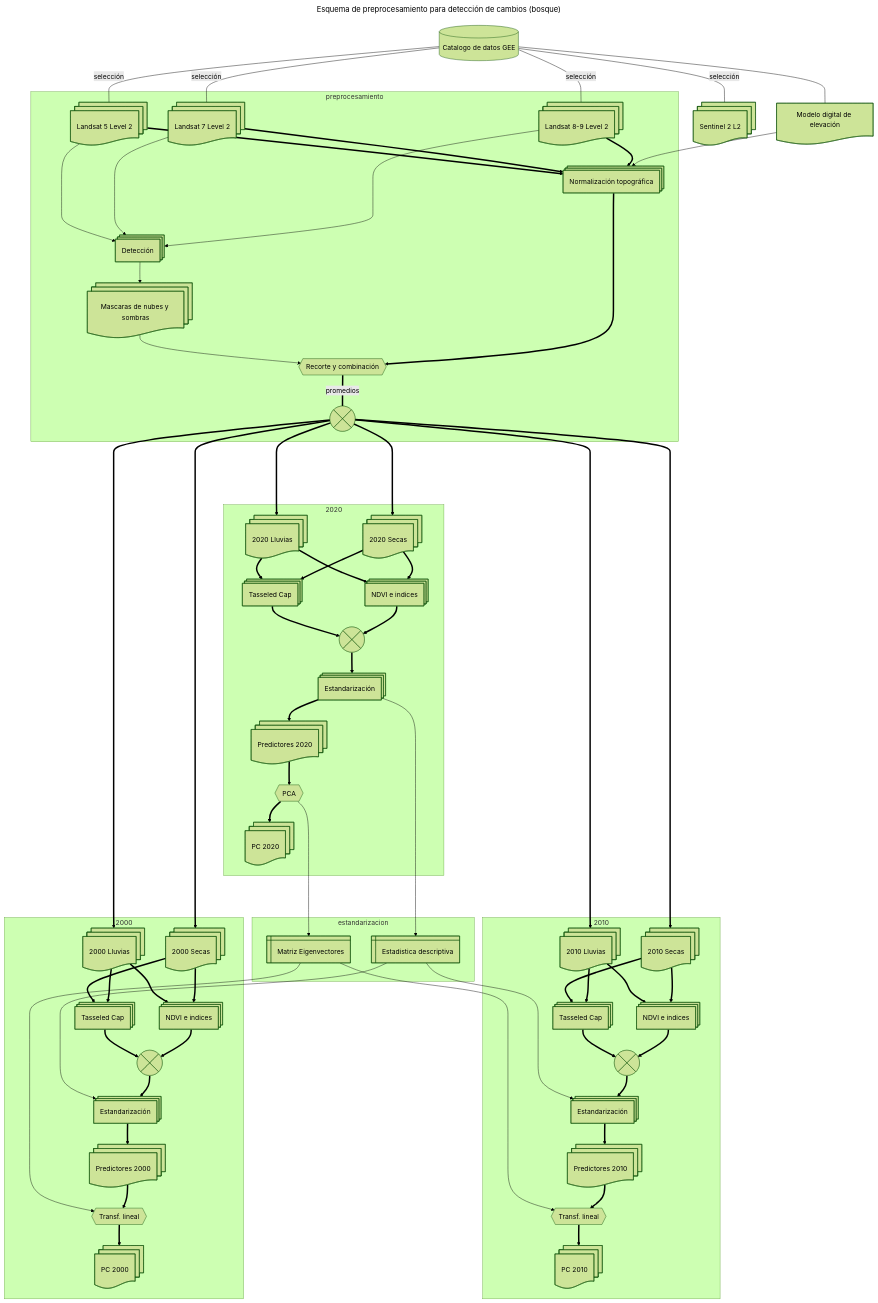
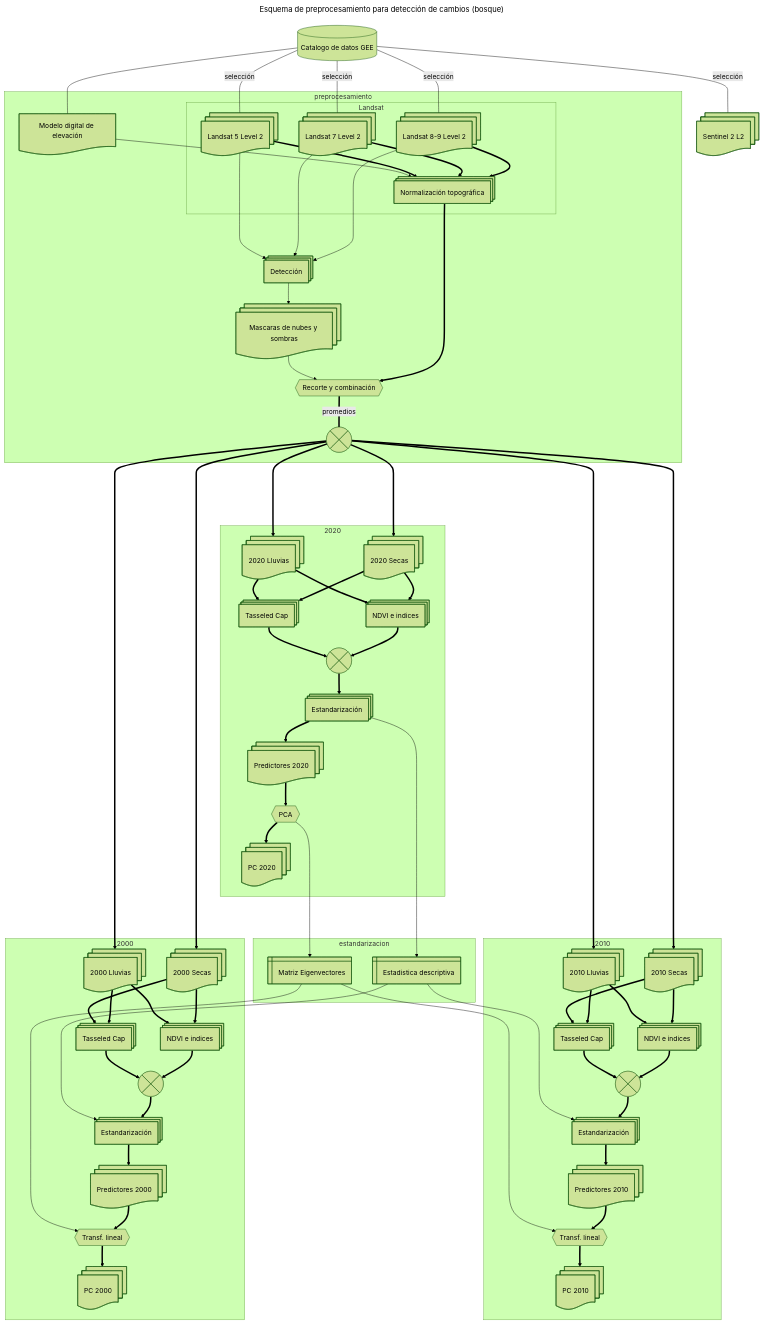
One commit to vshalisko/GEE changed the diagram in ANPs/Esquema_preprocesamiento.mermaid. Above: the diagram before and after it, drawn with Mermaid (forest theme).

```diff
--- a/ANPs/Esquema_preprocesamiento.mermaid
+++ b/ANPs/Esquema_preprocesamiento.mermaid
@@ -1,131 +1,134 @@
 ---
 title: Esquema de preprocesamiento para detección de cambios (bosque)
 ---
 flowchart TD
     gee1[(Catalogo de datos GEE)]
     Landsat8@{ shape: docs, label: Landsat 8-9 Level 2}
     Landsat7@{ shape: docs, label: Landsat 7 Level 2}
     Landsat5@{ shape: docs, label: Landsat 5 Level 2}
     Sentinel2@{ shape: docs, label: Sentinel 2 L2}
     MDE@{ shape: doc, label: Modelo digital de elevación}
     
     INS@{ shape: procs, label: "Detección"}
     MNS@{ shape: docs, label: "Mascaras de nubes y sombras"}
     NT@{ shape: procs, label: "Normalización topográfica"}
     Combinacion1@{ shape: hex, label: "Recorte y combinación" }
     Combinacion2@{ shape: cross-circ, label: "Promedios de bandas" }
 
     BSecas2000@{ shape: docs, label: 2000 Secas}
     BLluvias2000@{ shape: docs, label: 2000 Lluvias}
     BSecas2010@{ shape: docs, label: 2010 Secas}
     BLluvias2010@{ shape: docs, label: 2010 Lluvias}
     BSecas2020@{ shape: docs, label: 2020 Secas}
     BLluvias2020@{ shape: docs, label: 2020 Lluvias}
 
     IndVeg2000@{ shape: procs, label: "NDVI e indices"}
     IndVeg2010@{ shape: procs, label: "NDVI e indices"}
     IndVeg2020@{ shape: procs, label: "NDVI e indices"}
     Tass2000@{ shape: procs, label: "Tasseled Cap"}
     Tass2010@{ shape: procs, label: "Tasseled Cap"}
     Tass2020@{ shape: procs, label: "Tasseled Cap"}
 
     Comb2000@{ shape: cross-circ, label: "Combinación" }
     Comb2010@{ shape: cross-circ, label: "Combinación" }
     Comb2020@{ shape: cross-circ, label: "Combinación" }
 
     Est2000@{ shape: procs, label: "Estandarización"}
     Est2010@{ shape: procs, label: "Estandarización"}
     Est2020@{ shape: procs, label: "Estandarización"}
 
     Capas2000@{ shape: docs, label: "Predictores 2000"}
     Capas2010@{ shape: docs, label: "Predictores 2010"}
     Capas2020@{ shape: docs, label: "Predictores 2020"}
 
     PCA2020@{ shape: hex, label: "PCA"}
     TL2000@{ shape: hex, label: "Transf. lineal"}
     TL2010@{ shape: hex, label: "Transf. lineal"}
 
     CapasPCA2000@{ shape: docs, label: "PC 2000"}
     CapasPCA2010@{ shape: docs, label: "PC 2010"}
     CapasPCA2020@{ shape: docs, label: "PC 2020"}
 
     Estadisticas@{ shape: win-pane, label: "Estadistica descriptiva" }
     Eigenvectors@{ shape: win-pane, label: "Matriz Eigenvectores" }
 
     gee1---|selección|Landsat8
     gee1---|selección|Landsat7
     gee1---|selección|Landsat5
     gee1---|selección|Sentinel2
     gee1---MDE
-    MDE-->NT
 
     subgraph preprocesamiento
-        Landsat8==>NT
-        Landsat7==>NT
-        Landsat5==>NT
+        subgraph Landsat
+            Landsat8==>NT
+            Landsat7==>NT
+            Landsat5==>NT
+        end
+
+        MDE-->NT
         NT==>Combinacion1
 
         Landsat8---->INS
         Landsat7---->INS
         Landsat5---->INS
 
         INS-->MNS
         MNS-->Combinacion1
         Combinacion1===|promedios|Combinacion2
     end
 
     Combinacion2====>BSecas2000
     Combinacion2====>BLluvias2000
     Combinacion2====>BSecas2010
     Combinacion2====>BLluvias2010
     Combinacion2====>BSecas2020
     Combinacion2====>BLluvias2020
 
     subgraph 2000
         BSecas2000==>IndVeg2000
         BLluvias2000==>Tass2000
         BLluvias2000==>IndVeg2000
         BSecas2000==>Tass2000
         IndVeg2000==>Comb2000
         Tass2000==>Comb2000
         Comb2000==>Est2000
         Est2000==>Capas2000
         Capas2000==>TL2000
         TL2000==>CapasPCA2000
     end
 
     subgraph 2010
         BSecas2010==>IndVeg2010
         BLluvias2010==>Tass2010
         BLluvias2010==>IndVeg2010
         BSecas2010==>Tass2010
         IndVeg2010==>Comb2010
         Tass2010==>Comb2010
         Comb2010==>Est2010
         Est2010==>Capas2010
         Capas2010==>TL2010
         TL2010==>CapasPCA2010
     end
 
     subgraph 2020
         BSecas2020==>IndVeg2020
         BSecas2020==>Tass2020
         BLluvias2020==>IndVeg2020
         BLluvias2020==>Tass2020
         IndVeg2020==>Comb2020
         Tass2020==>Comb2020
         Comb2020==>Est2020
         Est2020==>Capas2020
         Capas2020==>PCA2020
         PCA2020==>CapasPCA2020
     end
 
     subgraph estandarizacion
         Est2020---->Estadisticas
         Estadisticas---->Est2000
         Estadisticas---->Est2010
 
         PCA2020---->Eigenvectors
         Eigenvectors---->TL2000
         Eigenvectors---->TL2010
     end
```
